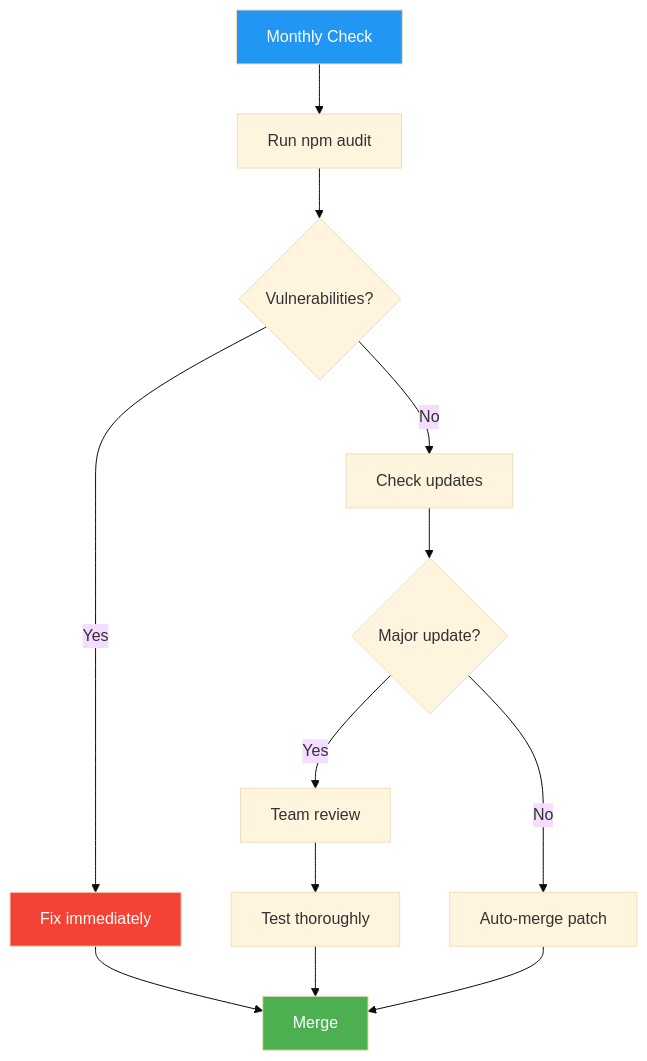
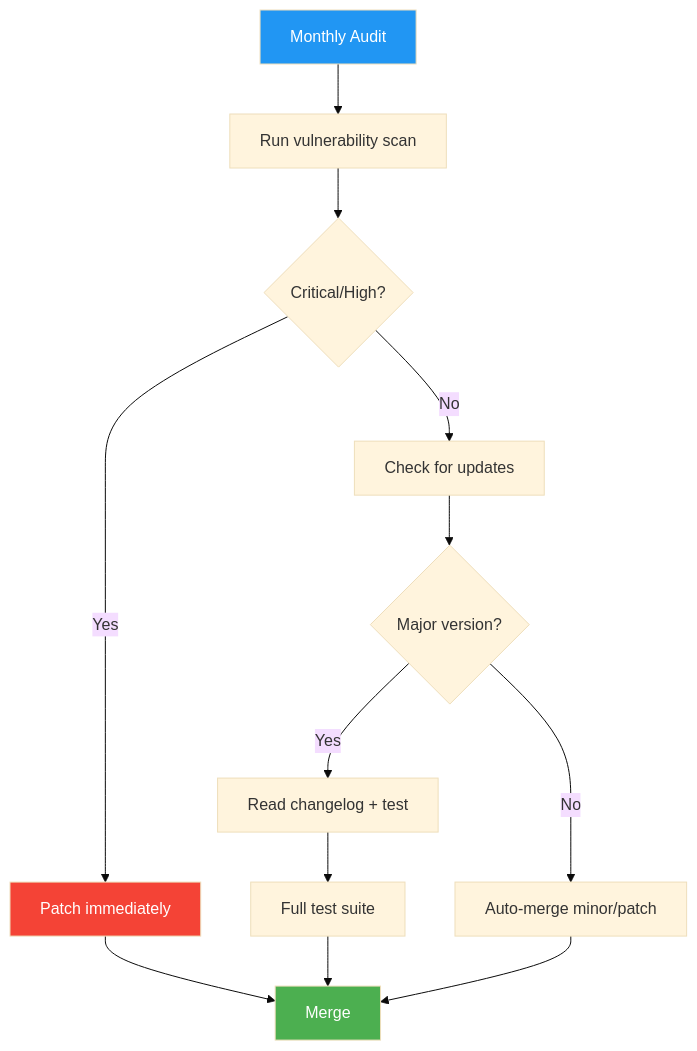
One commit to oat431/project_spec changed the diagram in template/03_construction/033_dependency_manifest.md. Above: the diagram before and after it, drawn with Mermaid (base theme). The commit also changed other lines of this file and 12 other files, not shown here.

Commit message:
vault backup: 2026-07-23 23:54:05: add construction doc for flowero_dicover

````diff
--- a/template/03_construction/033_dependency_manifest.md
+++ b/template/03_construction/033_dependency_manifest.md
@@ -74,18 +155,18 @@
 ```mermaid
 flowchart TD
-    CHECK[Monthly Check] --> AUDIT[Run npm audit]
-    AUDIT --> VULN{Vulnerabilities?}
-    VULN -->|Yes| FIX[Fix immediately]
-    VULN -->|No| UPDATE[Check updates]
-    UPDATE --> MAJOR{Major update?}
-    MAJOR -->|Yes| REVIEW[Team review]
-    MAJOR -->|No| AUTO[Auto-merge patch]
-    REVIEW --> TEST[Test thoroughly]
+    CHECK[Monthly Audit] --> SCAN[Run vulnerability scan]
+    SCAN --> VULN{Critical/High?}
+    VULN -->|Yes| FIX[Patch immediately]
+    VULN -->|No| UPDATE[Check for updates]
+    UPDATE --> MAJOR{Major version?}
+    MAJOR -->|Yes| REVIEW[Read changelog + test]
+    MAJOR -->|No| AUTO[Auto-merge minor/patch]
+    REVIEW --> TEST[Full test suite]
     TEST --> MERGE[Merge]
     FIX --> MERGE
     AUTO --> MERGE
 
     style CHECK fill:#2196F3,color:#fff
     style FIX fill:#f44336,color:#fff
     style MERGE fill:#4CAF50,color:#fff
 ```
````
